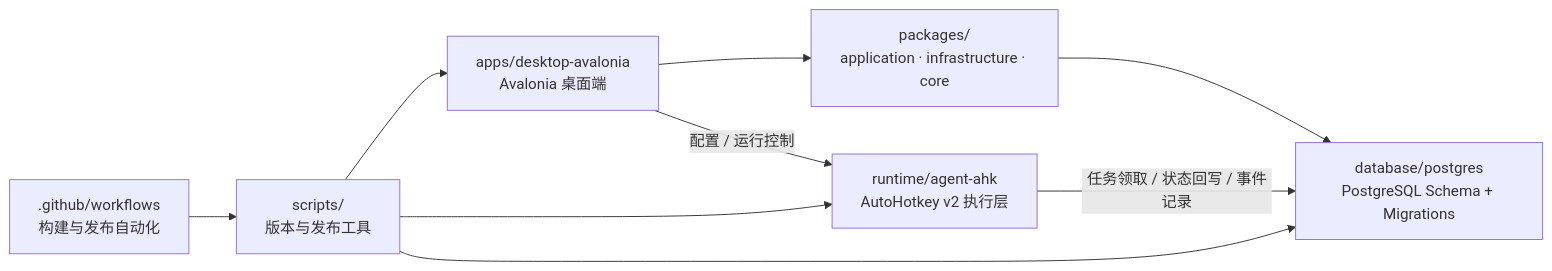
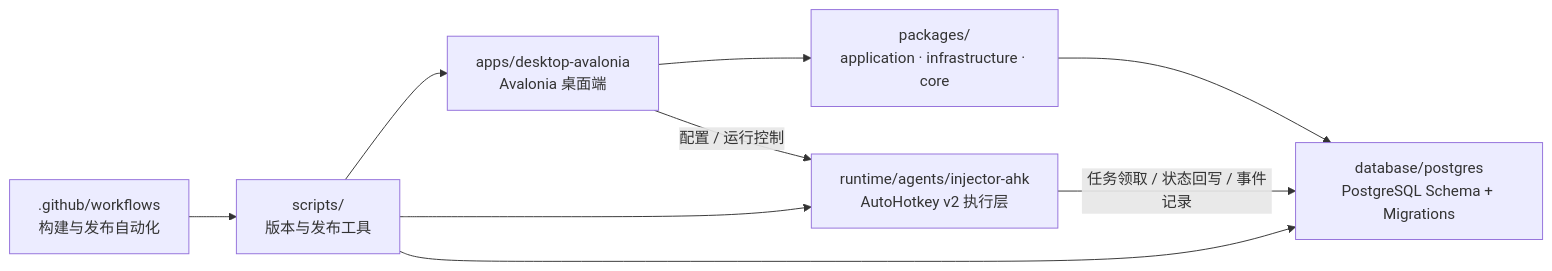
Before and after one commit to pacmandoh/pactoolkits: the diagram in README.zh-CN.md, drawn with Mermaid. The commit also changed other lines of this file and 93 other files, not shown here.

First line of the commit message:
feat(foundation): manifest v2, multi-agent runtime, and release CI

````diff
--- a/README.zh-CN.md
+++ b/README.zh-CN.md
@@ -115,18 +115,18 @@
 ```mermaid
 flowchart LR
     UI["apps/desktop-avalonia\nAvalonia 桌面端"]
     PKG["packages/\napplication · infrastructure · core"]
-    AGENT["runtime/agent-ahk\nAutoHotkey v2 执行层"]
+    AGENT["runtime/agents/injector-ahk\nAutoHotkey v2 执行层"]
     DB["database/postgres\nPostgreSQL Schema + Migrations"]
     SCRIPTS["scripts/\n版本与发布工具"]
     CI[".github/workflows\n构建与发布自动化"]
 
     UI --> PKG
     UI -->|配置 / 运行控制| AGENT
     AGENT -->|任务领取 / 状态回写 / 事件记录| DB
     PKG --> DB
     SCRIPTS --> UI
     SCRIPTS --> AGENT
     SCRIPTS --> DB
     CI --> SCRIPTS
 ```
````
